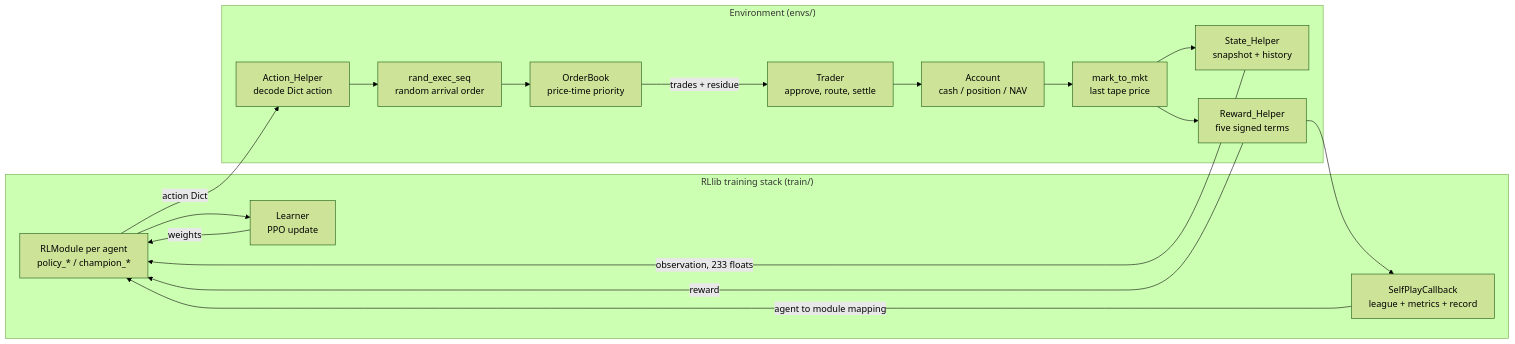
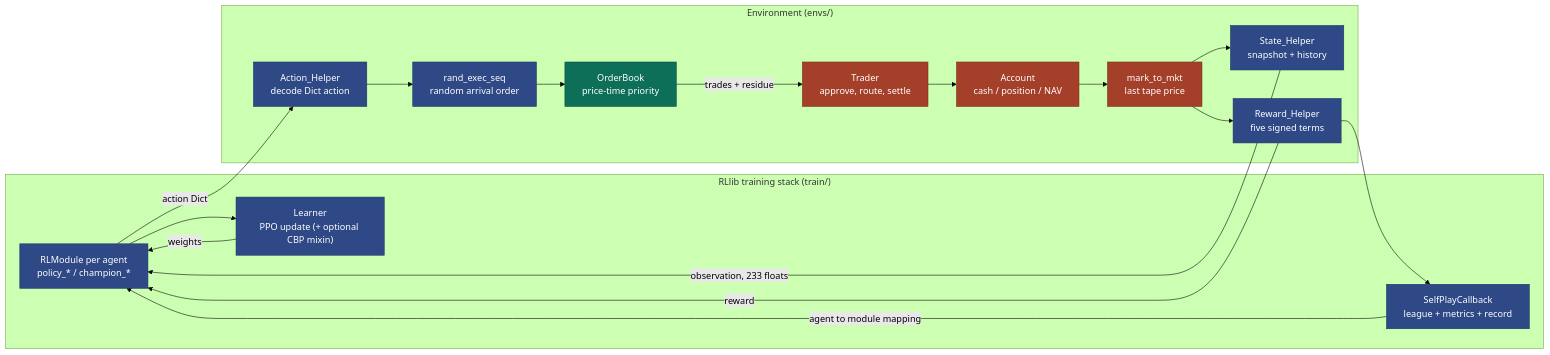
The diagram in README.md (ChuaCheowHuan/gym-continuousDoubleAuction), drawn with Mermaid (forest theme) before and after one commit. The commit also changed other lines of this file and 9 other files, not shown here.

First line of the commit message:
Move the docs index out of the README and add architecture diagrams

````diff
--- a/README.md
+++ b/README.md
@@ -16,33 +18,40 @@
 ```mermaid
 flowchart LR
     subgraph RL["RLlib training stack (train/)"]
         POL["RLModule per agent<br/>policy_* / champion_*"]
-        LRN["Learner<br/>PPO update"]
+        LRN["Learner<br/>PPO update (+ optional CBP mixin)"]
         CB["SelfPlayCallback<br/>league + metrics + record"]
     end
 
     subgraph ENV["Environment (envs/)"]
         ACT["Action_Helper<br/>decode Dict action"]
         SHUF["rand_exec_seq<br/>random arrival order"]
         LOB["OrderBook<br/>price-time priority"]
         TRD["Trader<br/>approve, route, settle"]
         ACC["Account<br/>cash / position / NAV"]
         MTM["mark_to_mkt<br/>last tape price"]
         OBS["State_Helper<br/>snapshot + history"]
         REW["Reward_Helper<br/>five signed terms"]
     end
 
     POL -->|"action Dict"| ACT
     ACT --> SHUF --> LOB
     LOB -->|"trades + residue"| TRD
     TRD --> ACC
     ACC --> MTM
     MTM --> OBS
     MTM --> REW
     OBS -->|"observation, 233 floats"| POL
     REW -->|"reward"| POL
     REW --> CB
     CB -->|"agent to module mapping"| POL
     POL --> LRN
     LRN -->|"weights"| POL
+
+    classDef learn fill:#2E4986,stroke:#1F3366,color:#fff
+    classDef book fill:#0E6F58,stroke:#0A5242,color:#fff
+    classDef ledger fill:#A44029,stroke:#7A2F1E,color:#fff
+    class POL,LRN,CB,ACT,SHUF,OBS,REW learn
+    class LOB book
+    class TRD,ACC,MTM ledger
 ```
````
